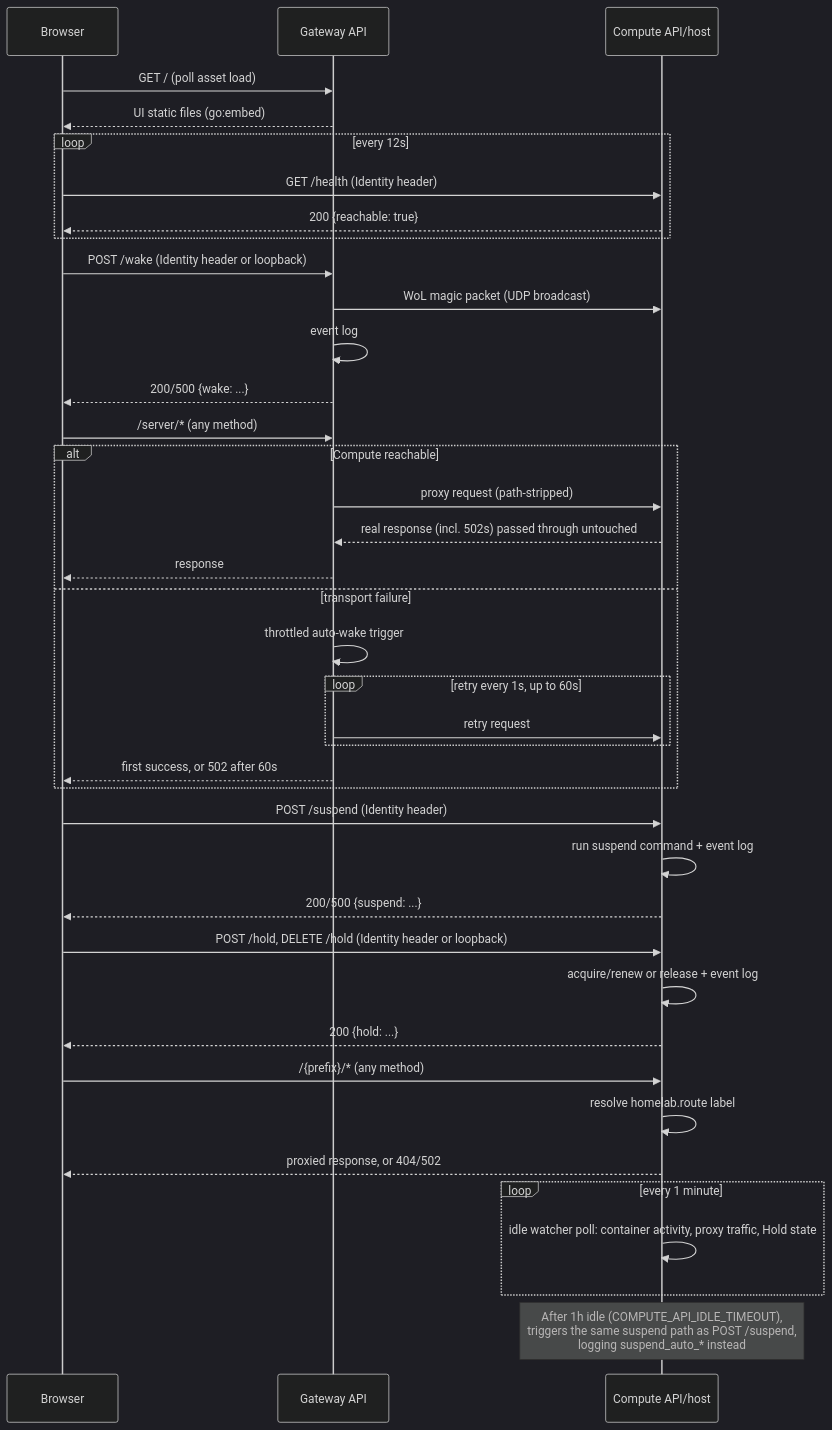
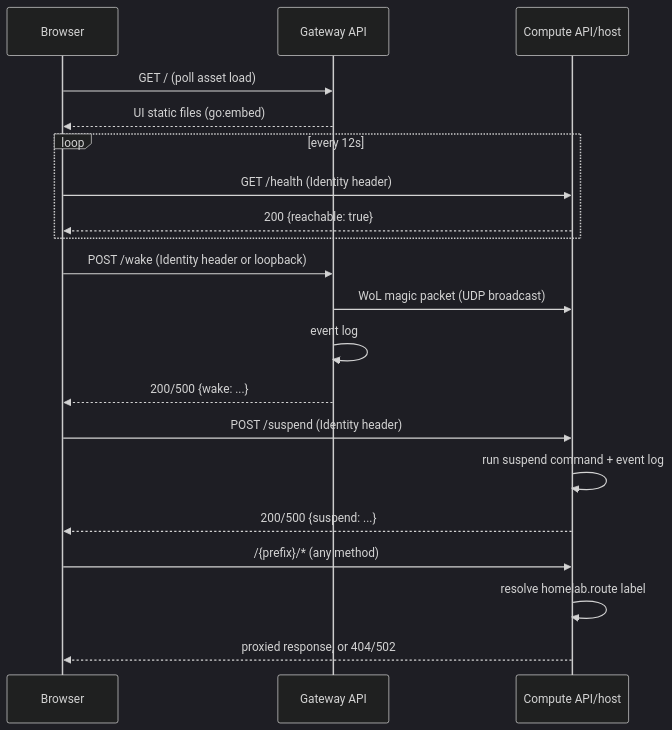
The diagram in ARCHITECTURE.md (nikbogman/cloudberry), drawn with Mermaid (dark theme) before and after one commit. The commit also changed other lines of this file and 27 other files, not shown here.

````diff
--- a/ARCHITECTURE.md
+++ b/ARCHITECTURE.md
@@ -76,49 +70,27 @@
 ```mermaid
 sequenceDiagram
     participant B as Browser
     participant G as Gateway API
     participant C as Compute API/host
 
     B->>G: GET / (poll asset load)
     G-->>B: UI static files (go:embed)
 
     loop every 12s
         B->>C: GET /health (Identity header)
         C-->>B: 200 {reachable: true}
     end
 
     B->>G: POST /wake (Identity header or loopback)
     G->>C: WoL magic packet (UDP broadcast)
     G->>G: event log
     G-->>B: 200/500 {wake: ...}
 
-    B->>G: /server/* (any method)
-    alt Compute reachable
-        G->>C: proxy request (path-stripped)
-        C-->>G: real response (incl. 502s) passed through untouched
-        G-->>B: response
-    else transport failure
-        G->>G: throttled auto-wake trigger
-        loop retry every 1s, up to 60s
-            G->>C: retry request
-        end
-        G-->>B: first success, or 502 after 60s
-    end
-
     B->>C: POST /suspend (Identity header)
     C->>C: run suspend command + event log
     C-->>B: 200/500 {suspend: ...}
 
-    B->>C: POST /hold, DELETE /hold (Identity header or loopback)
-    C->>C: acquire/renew or release + event log
-    C-->>B: 200 {hold: ...}
-
     B->>C: /{prefix}/* (any method)
     C->>C: resolve homelab.route label
     C-->>B: proxied response, or 404/502
-
-    loop every 1 minute
-        C->>C: idle watcher poll: container activity, proxy traffic, Hold state
-    end
-    Note over C: After 1h idle (COMPUTE_API_IDLE_TIMEOUT),<br/>triggers the same suspend path as POST /suspend,<br/>logging suspend_auto_* instead
 ```
````
